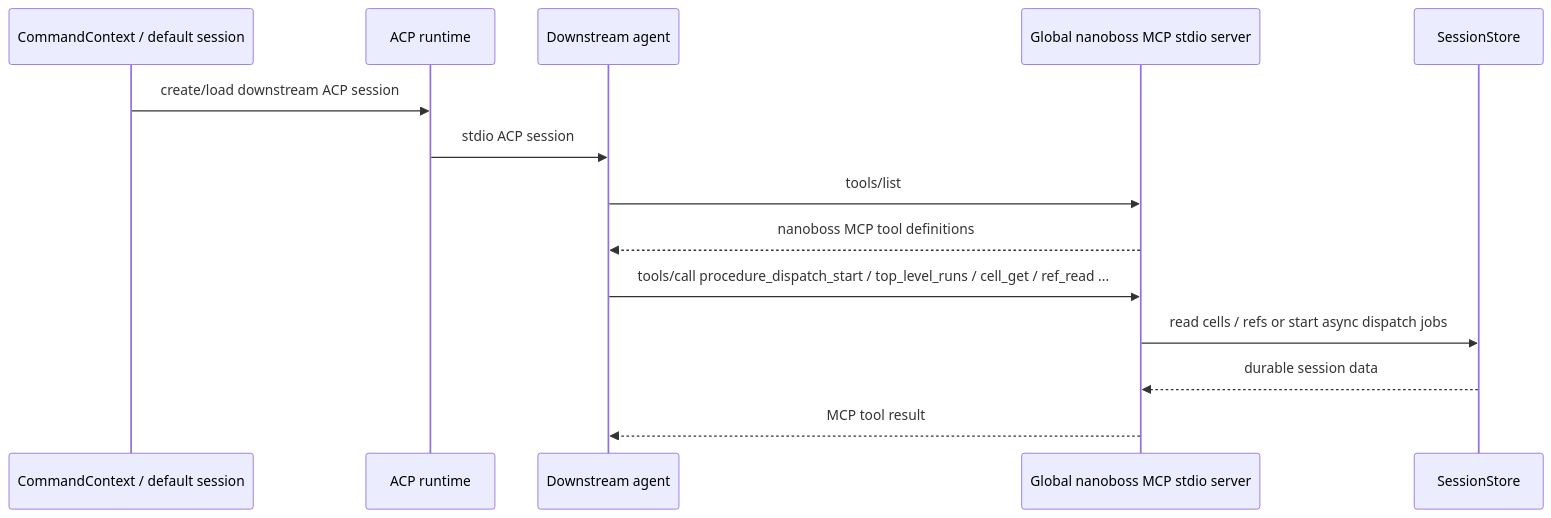
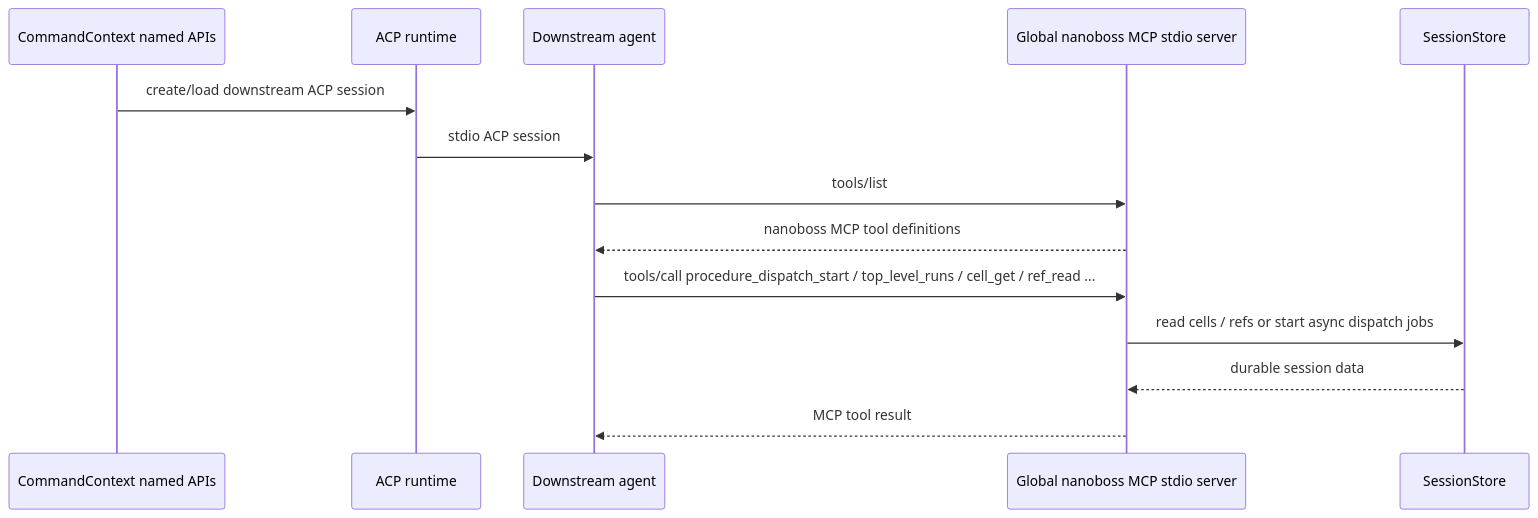
One commit to jflam/nanoboss changed the fifth of 5 diagrams in docs/architecture.md. Above: the diagram before and after it, drawn with Mermaid. The commit also changed other lines of this file and 6 other files, not shown here.

Commit message:
Reserve ctx.state for durable data and ctx.session for live control

````diff
--- a/docs/architecture.md
+++ b/docs/architecture.md
@@ -182,19 +187,19 @@
 ```mermaid
 sequenceDiagram
-  participant Ctx as CommandContext / default session
+  participant Ctx as CommandContext named APIs
   participant ACP as ACP runtime
   participant Agent as Downstream agent
   participant MCP as Global nanoboss MCP stdio server
   participant Store as SessionStore
 
   Ctx->>ACP: create/load downstream ACP session
   ACP->>Agent: stdio ACP session
 
   Agent->>MCP: tools/list
   MCP-->>Agent: nanoboss MCP tool definitions
 
   Agent->>MCP: tools/call procedure_dispatch_start / top_level_runs / cell_get / ref_read ...
   MCP->>Store: read cells / refs or start async dispatch jobs
   Store-->>MCP: durable session data
   MCP-->>Agent: MCP tool result
 ```
````
